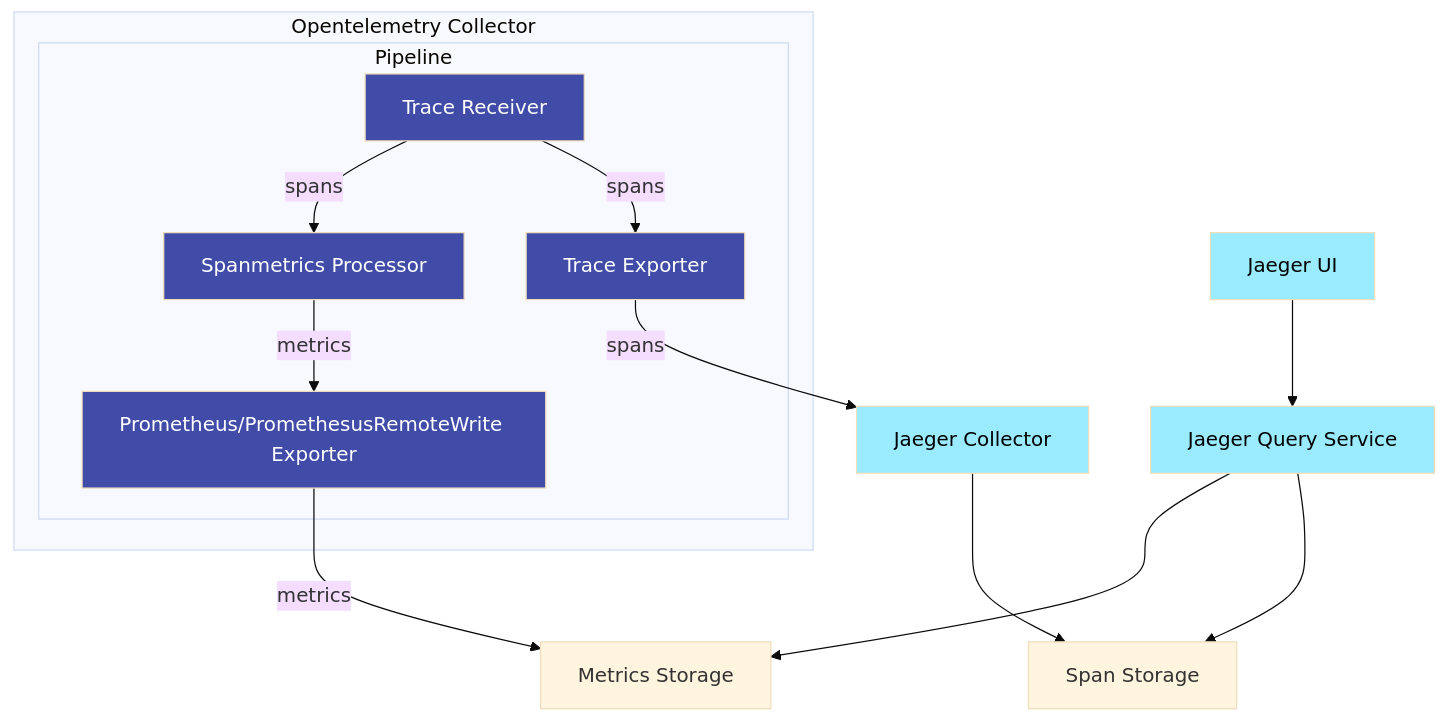
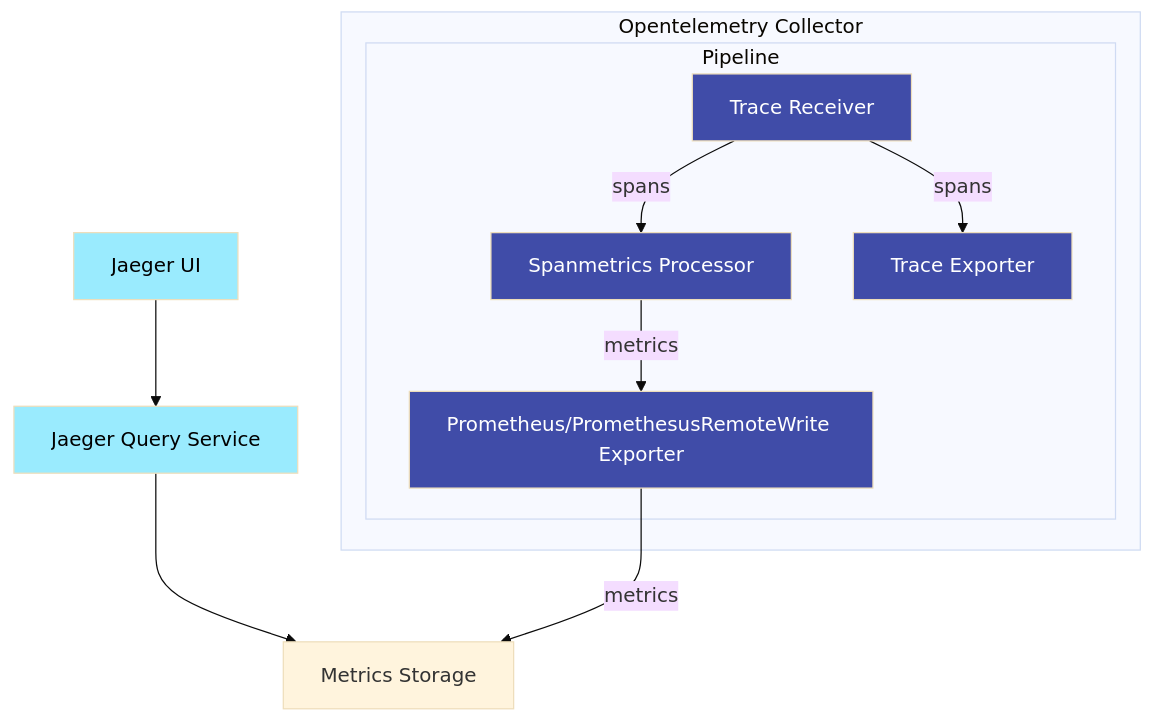
Before and after one commit to jaegertracing/documentation: the diagram in content/docs/next-release/atm.md, drawn with Mermaid (base theme).

Commit message:
Remove collector from ATM arch diag

```diff
--- a/content/docs/next-release/atm.md
+++ b/content/docs/next-release/atm.md
@@ -79,28 +79,24 @@
 {{<mermaid align="center">}}
 graph
     TRACE_RECEIVER[Trace Receiver] --> |spans| SPANMETRICS_PROC[Spanmetrics Processor]
     TRACE_RECEIVER --> |spans| TRACE_EXPORTER[Trace Exporter]
-    TRACE_EXPORTER --> |spans| JAEGER[Jaeger Collector]
     SPANMETRICS_PROC --> |metrics| PROMETHEUS_EXPORTER[Prometheus/PromethesusRemoteWrite Exporter]
     UI[Jaeger UI] --> QUERY
-    JAEGER --> SPAN_STORE[Span Storage]
     QUERY[Jaeger Query Service] --> METRICS_STORE[Metrics Storage]
-    QUERY --> SPAN_STORE
     PROMETHEUS_EXPORTER --> |metrics| METRICS_STORE
     subgraph Opentelemetry Collector
         subgraph Pipeline
             TRACE_RECEIVER
             SPANMETRICS_PROC
             TRACE_EXPORTER
             PROMETHEUS_EXPORTER
         end
     end
-    style JAEGER fill:#9AEBFE,color:black
     style UI fill:#9AEBFE,color:black
     style QUERY fill:#9AEBFE,color:black
 
     style TRACE_RECEIVER fill:#404ca8,color:white
     style TRACE_EXPORTER fill:#404ca8,color:white
     style SPANMETRICS_PROC fill:#404ca8,color:white
     style PROMETHEUS_EXPORTER fill:#404ca8,color:white
 {{< /mermaid >}}
```
